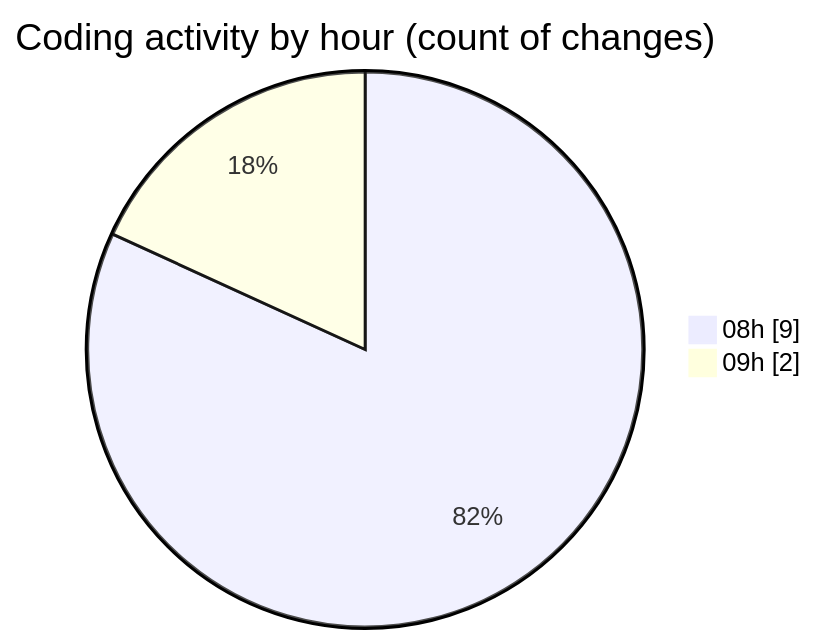
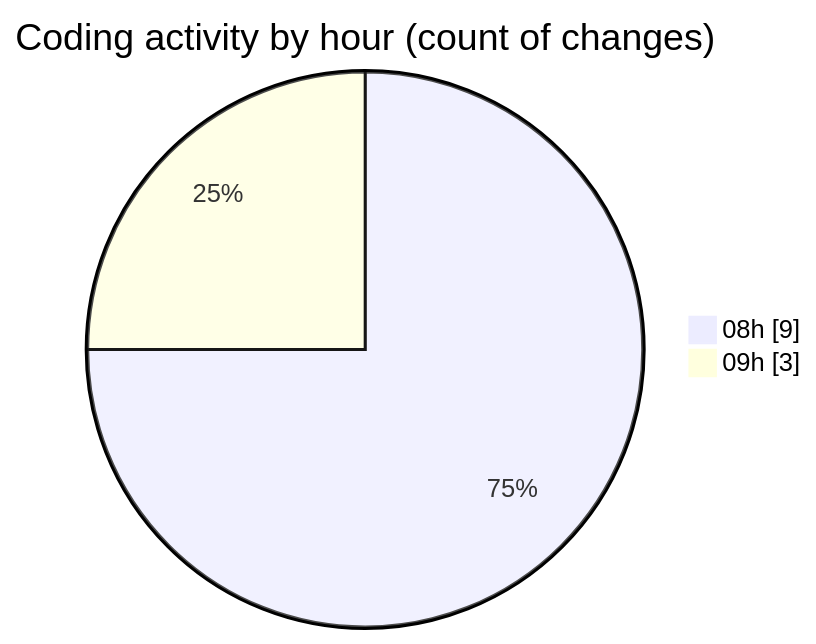
Before and after one commit to momahboobian/code-tracking: the second of 2 diagrams in 2026-03-20/newspaper-child/README.md, drawn with Mermaid. The commit also changed other lines of this file and 1 other file, not shown here.

````diff
--- a/2026-03-20/newspaper-child/README.md
+++ b/2026-03-20/newspaper-child/README.md
@@ -34,6 +35,6 @@
 ```mermaid
 pie showData
 title Coding activity by hour (count of changes)
 "08h" : 9
-"09h" : 2
+"09h" : 3
 ```
````
